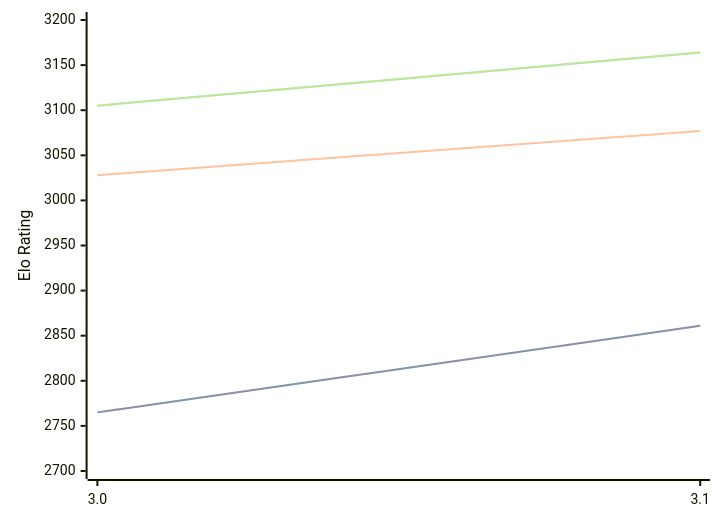
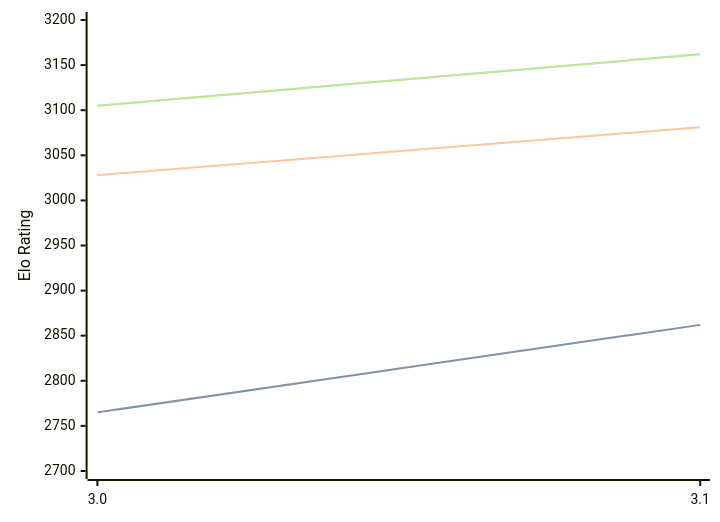
Before and after one commit to computer-chess-index/cci: the diagram in engines/Vajolet2.md, drawn with Mermaid. The commit also changed other lines of this file, not shown here.

Commit message:
Update CCI Ratings (ELO VLTC) - 2026-04-16

````diff
--- a/engines/Vajolet2.md
+++ b/engines/Vajolet2.md
@@ -40,11 +40,11 @@
 ```mermaid
 %%{init: {"theme":"base","themeVariables":{"seriesColors:['#a3a3a3','#222221','#faa371']}}}%%
 xychart-beta
   x-axis ["3.0", "3.1"]
   y-axis "Elo Rating" 2700 --> 3200
-  line "STC (8.0+0.08s)" [2765, 2861]
-  line "STC (8.0+0.08s)" [2765, 2861]
-  line "LTC (60.0+0.60s)" [3028, 3077]
-  line "VLTC (2m24s+1.12s)" [3105, 3164]
-  line "VLTC (2m24s+1.12s)" [3105, 3164]
+  line "STC (8.0+0.08s)" [2765, 2862]
+  line "STC (8.0+0.08s)" [2765, 2862]
+  line "LTC (60.0+0.60s)" [3028, 3081]
+  line "VLTC (2m24s+1.12s)" [3105, 3162]
+  line "VLTC (2m24s+1.12s)" [3105, 3162]
 ```
````
